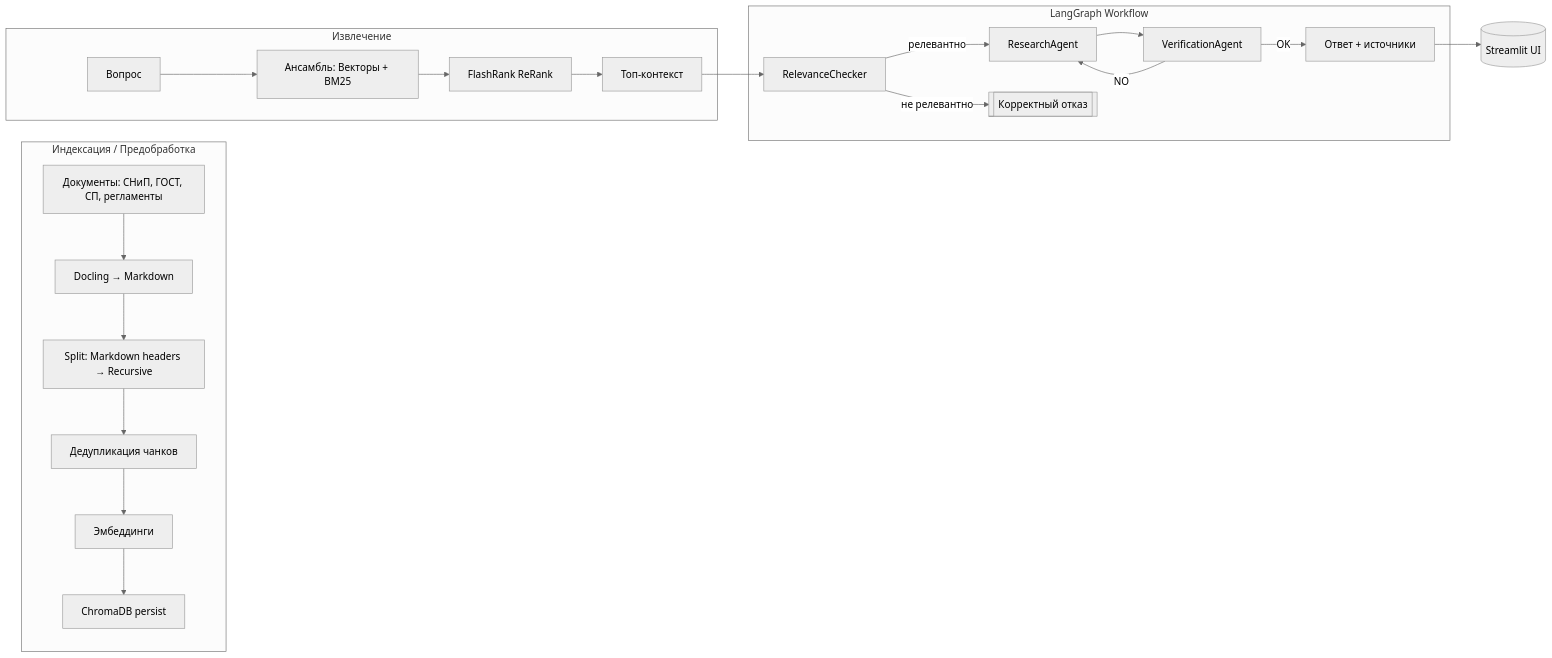
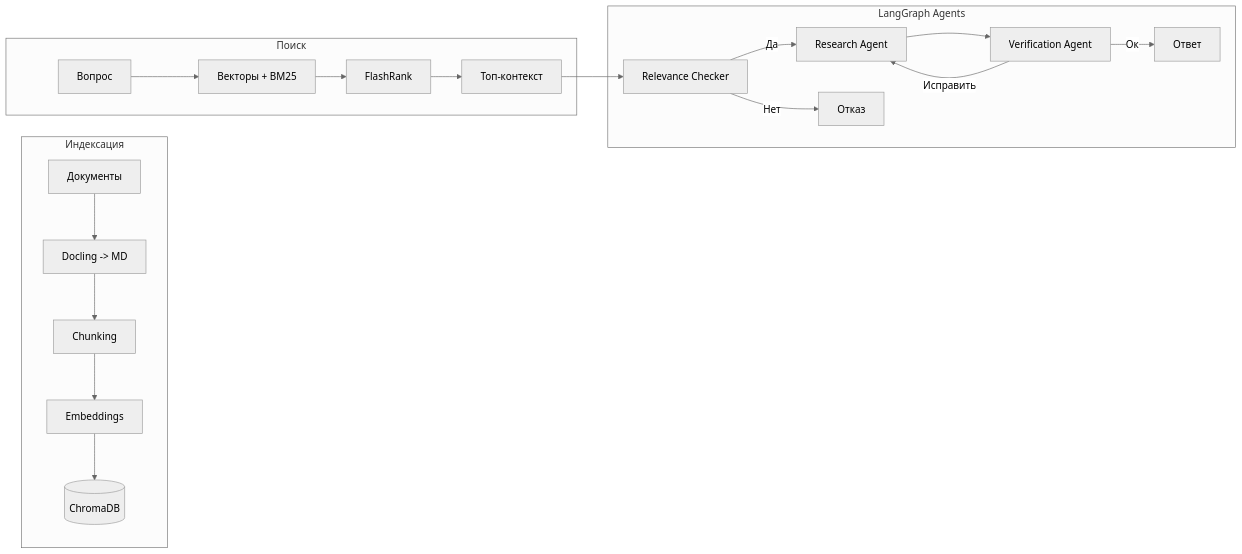
Before and after one commit to spqr-86/safety-incident-analyzer: the diagram in README.md, drawn with Mermaid (neutral theme). The commit also changed other lines of this file and 3 other files, not shown here.

````diff
--- a/README.md
+++ b/README.md
@@ -91,27 +98,24 @@
 ```mermaid
 flowchart LR
-    subgraph Ingestion[Индексация / Предобработка]
-        A[Документы: СНиП, ГОСТ, СП, регламенты] --> B[Docling → Markdown]
-        B --> C[Split: Markdown headers → Recursive]
-        C --> D[Дедупликация чанков]
-        D --> E[Эмбеддинги]
-        E --> F[ChromaDB persist]
+    subgraph Ingestion[Индексация]
+        Docs[Документы] --> Docling[Docling -> MD]
+        Docling --> Split[Chunking]
+        Split --> Embed[Embeddings]
+        Embed --> DB[(ChromaDB)]
     end
 
-    subgraph Retrieval[Извлечение]
-        Q[Вопрос] --> R[Ансамбль: Векторы + BM25]
-        R --> RR[FlashRank ReRank]
-        RR --> P[Топ-контекст]
+    subgraph Retrieval[Поиск]
+        Query[Вопрос] --> Hybrid[Векторы + BM25]
+        Hybrid --> Rerank[FlashRank]
+        Rerank --> Context[Топ-контекст]
     end
 
-    subgraph MAS[LangGraph Workflow]
-        P --> RC[RelevanceChecker]
-        RC -->|релевантно| RS[ResearchAgent]
-        RC -->|не релевантно| X[[Корректный отказ]]
-        RS --> V[VerificationAgent]
-        V -->|OK| OUT[Ответ + источники]
-        V -->|NO| RS
+    subgraph Agents[LangGraph Agents]
+        Context --> RC[Relevance Checker]
+        RC -->|Да| RA[Research Agent]
+        RC -->|Нет| Stop[Отказ]
+        RA --> VA[Verification Agent]
+        VA -->|Ок| Answer[Ответ]
+        VA -->|Исправить| RA
     end
-
-    OUT --> UI[(Streamlit UI)]
 ```
````
